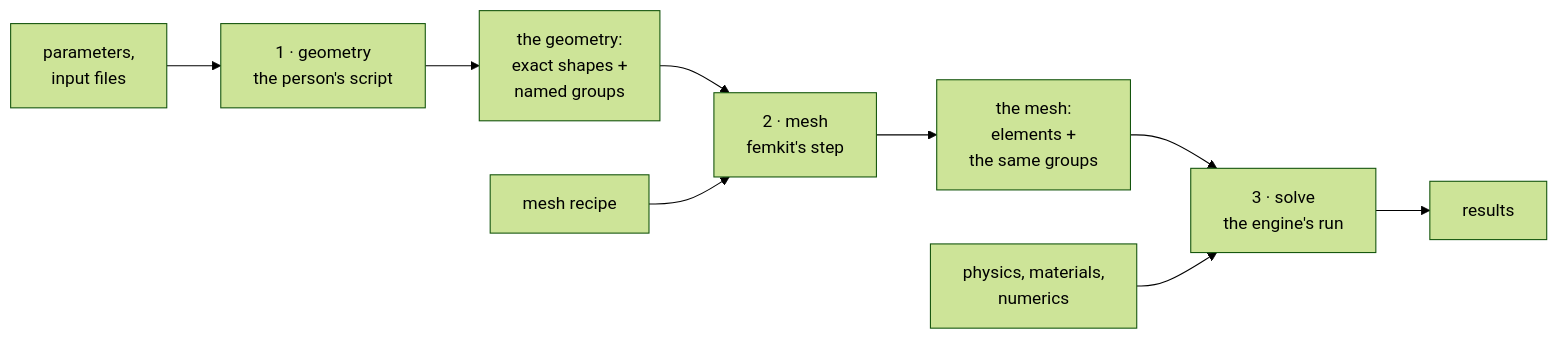
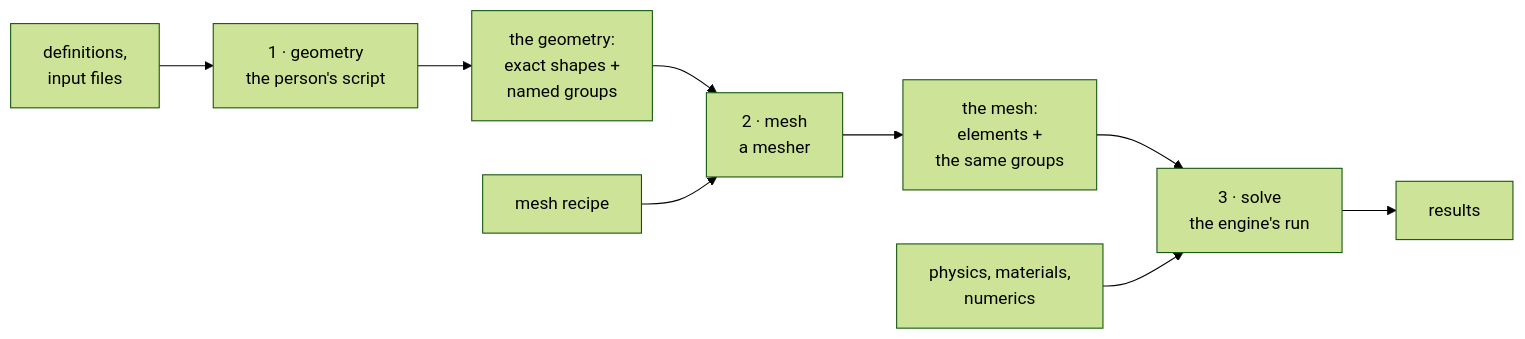
One commit to Qing-LAB/femkit changed the diagram in docs/contracts/geometry.md. Above: the diagram before and after it, drawn with Mermaid (forest theme). The commit also changed other lines of this file and 512 other files, not shown here.

````diff
--- a/docs/contracts/geometry.md
+++ b/docs/contracts/geometry.md
@@ -38,11 +44,11 @@
 ```mermaid
 flowchart LR
-    I["parameters,<br/>input files"] --> G["1 · geometry<br/>the person's script"]
+    I["definitions,<br/>input files"] --> G["1 · geometry<br/>the person's script"]
     G --> O["the geometry:<br/>exact shapes +<br/>named groups"]
-    O --> M["2 · mesh<br/>femkit's step"]
+    O --> M["2 · mesh<br/>a mesher"]
     R["mesh recipe"] --> M
     M --> N["the mesh:<br/>elements +<br/>the same groups"]
     N --> S["3 · solve<br/>the engine's run"]
     P["physics, materials,<br/>numerics"] --> S
     S --> E["results"]
 ```
````
